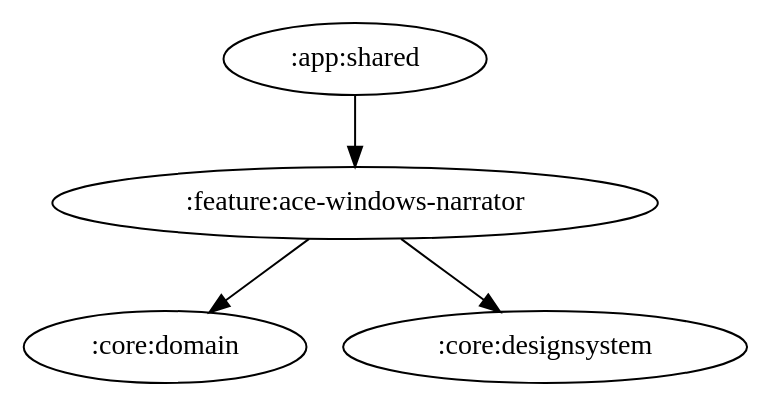
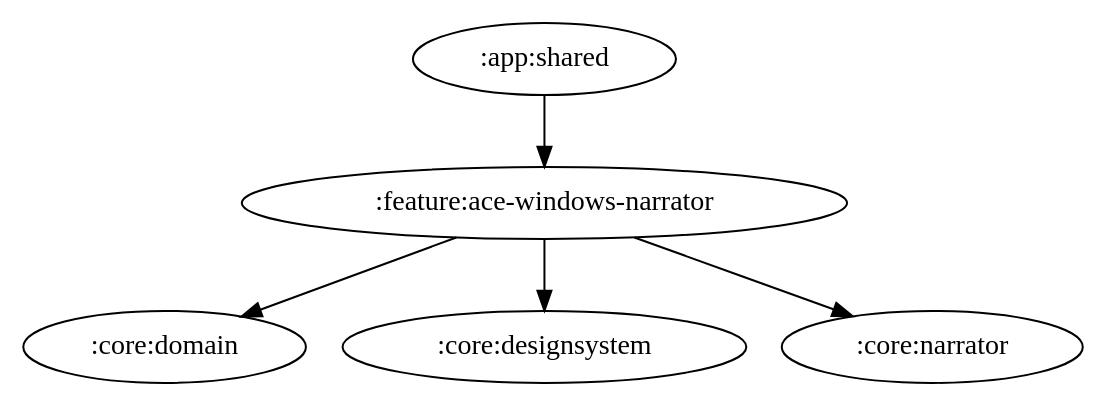
The diagram in docs/graphs/feature-ace-windows-narrator.gv (ai-kurou/KoDriver), drawn with Graphviz before and after one commit. The commit also changed 9 other files, not shown here.

Commit message:
chore: update module graph images

```diff
--- a/docs/graphs/feature-ace-windows-narrator.gv
+++ b/docs/graphs/feature-ace-windows-narrator.gv
@@ -1,6 +1,7 @@
 digraph G {
   rankdir=TB
   ":app:shared" -> ":feature:ace-windows-narrator"
   ":feature:ace-windows-narrator" -> ":core:domain"
   ":feature:ace-windows-narrator" -> ":core:designsystem"
+  ":feature:ace-windows-narrator" -> ":core:narrator"
 }
```
